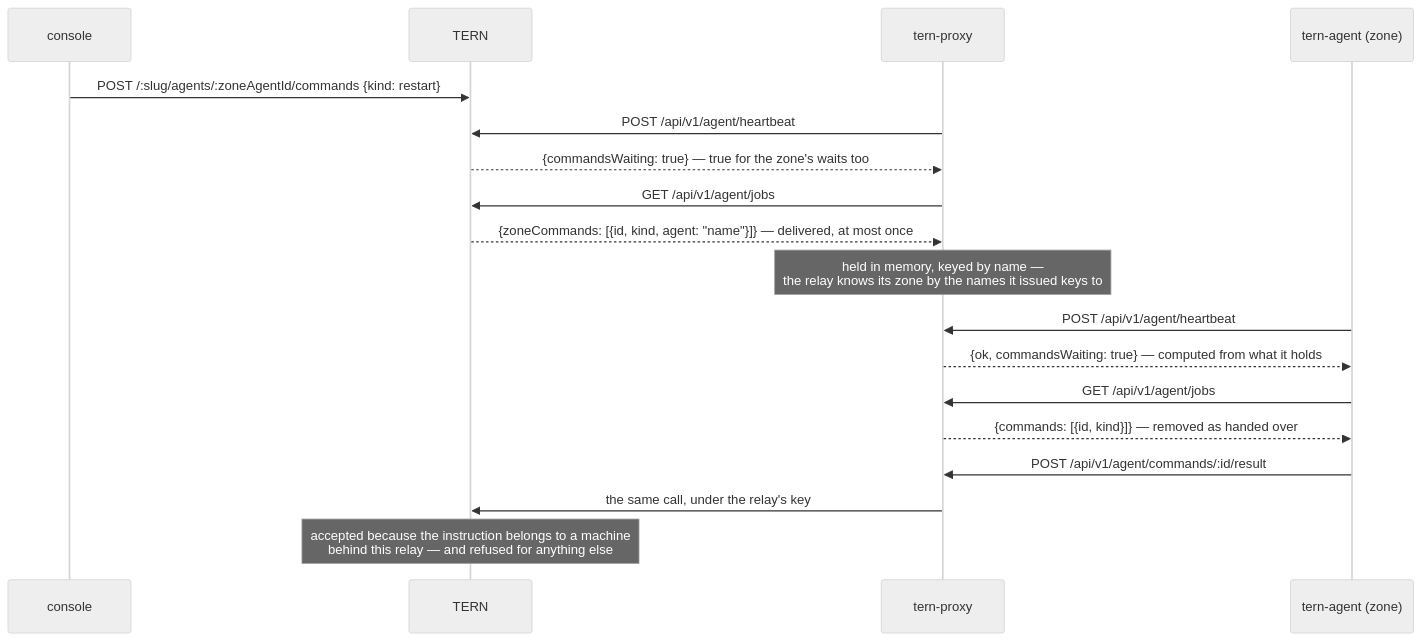
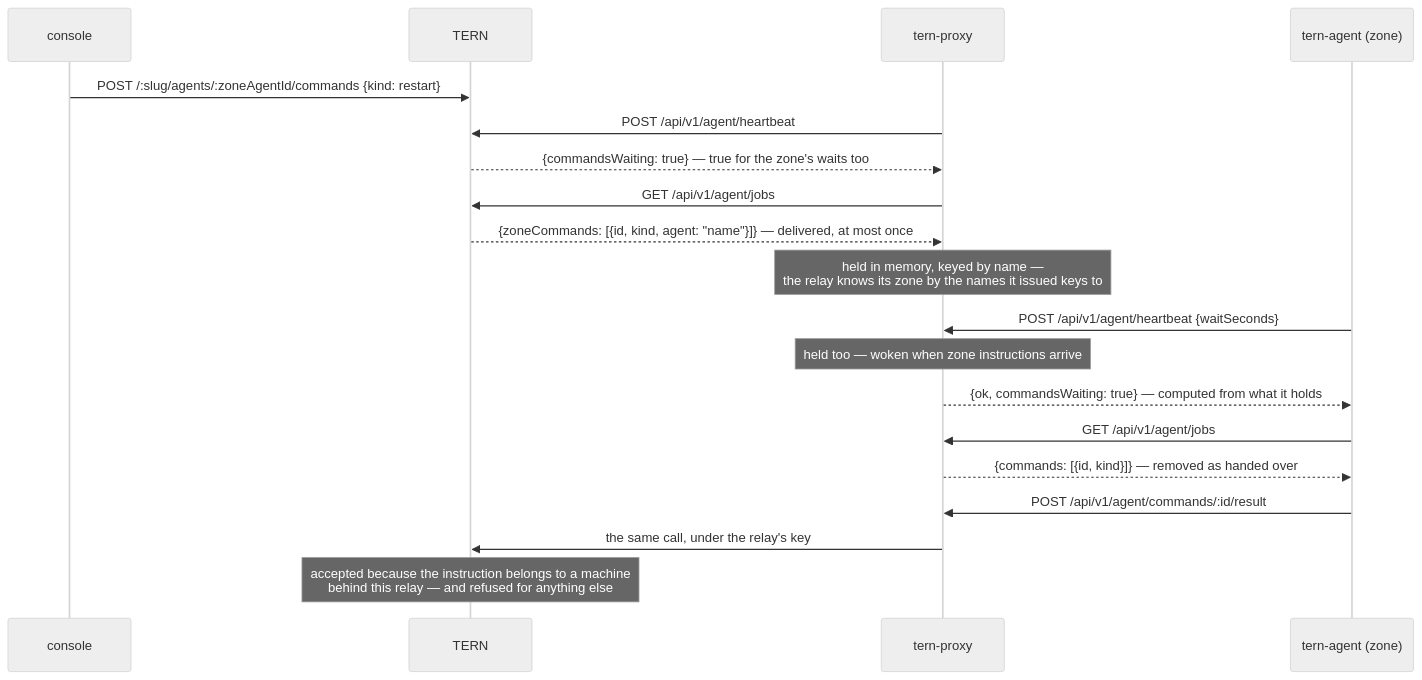
One commit to lelabnet-creator/ternproject changed the fifth of 5 diagrams in docs/protocol.md. Above: the diagram before and after it, drawn with Mermaid (neutral theme). The commit also changed other lines of this file, not shown here.

````diff
--- a/docs/protocol.md
+++ b/docs/protocol.md
@@ -166,21 +200,22 @@
 ```mermaid
 sequenceDiagram
     participant C as console
     participant S as TERN
     participant P as tern-proxy
     participant ZA as tern-agent (zone)
 
     C->>S: POST /:slug/agents/:zoneAgentId/commands {kind: restart}
     P->>S: POST /api/v1/agent/heartbeat
     S-->>P: {commandsWaiting: true} — true for the zone's waits too
     P->>S: GET /api/v1/agent/jobs
     S-->>P: {zoneCommands: [{id, kind, agent: "name"}]} — delivered, at most once
     Note over P: held in memory, keyed by name —<br/>the relay knows its zone by the names it issued keys to
-    ZA->>P: POST /api/v1/agent/heartbeat
+    ZA->>P: POST /api/v1/agent/heartbeat {waitSeconds}
+    Note over P: held too — woken when zone instructions arrive
     P-->>ZA: {ok, commandsWaiting: true} — computed from what it holds
     ZA->>P: GET /api/v1/agent/jobs
     P-->>ZA: {commands: [{id, kind}]} — removed as handed over
     ZA->>P: POST /api/v1/agent/commands/:id/result
     P->>S: the same call, under the relay's key
     Note over S: accepted because the instruction belongs to a machine<br/>behind this relay — and refused for anything else
 ```
````
